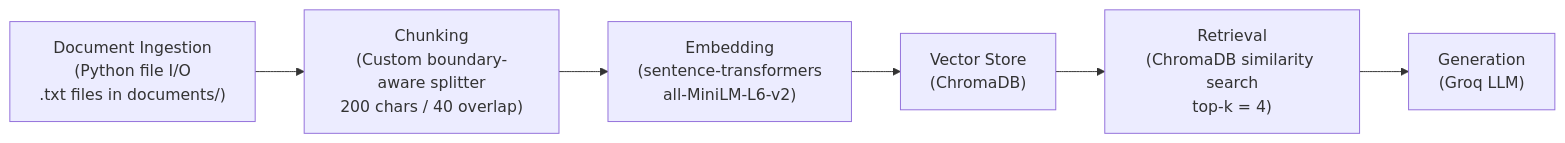
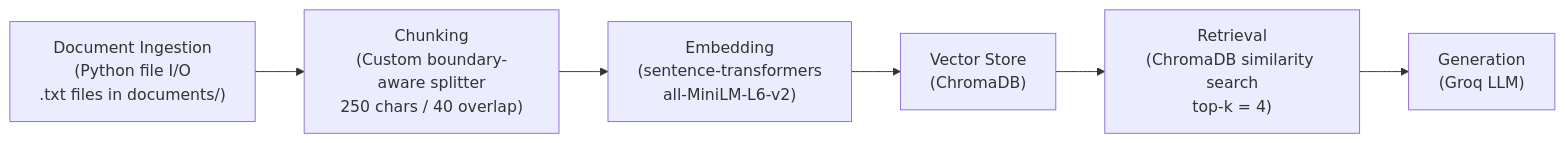
The diagram in planning.md (saimantmg01/ai201-project1-unofficial-guide-starter), drawn with Mermaid before and after one commit. The commit also changed other lines of this file and 3 other files, not shown here.

````diff
--- a/planning.md
+++ b/planning.md
@@ -113,9 +113,9 @@
 ```mermaid
 flowchart LR
     A["Document Ingestion\n(Python file I/O\n.txt files in documents/)"]
-    --> B["Chunking\n(Custom boundary-aware splitter\n200 chars / 40 overlap)"]
+    --> B["Chunking\n(Custom boundary-aware splitter\n250 chars / 40 overlap)"]
     --> C["Embedding\n(sentence-transformers\nall-MiniLM-L6-v2)"]
     --> D["Vector Store\n(ChromaDB)"]
     --> E["Retrieval\n(ChromaDB similarity search\ntop-k = 4)"]
     --> F["Generation\n(Groq LLM)"]
 ```
````
